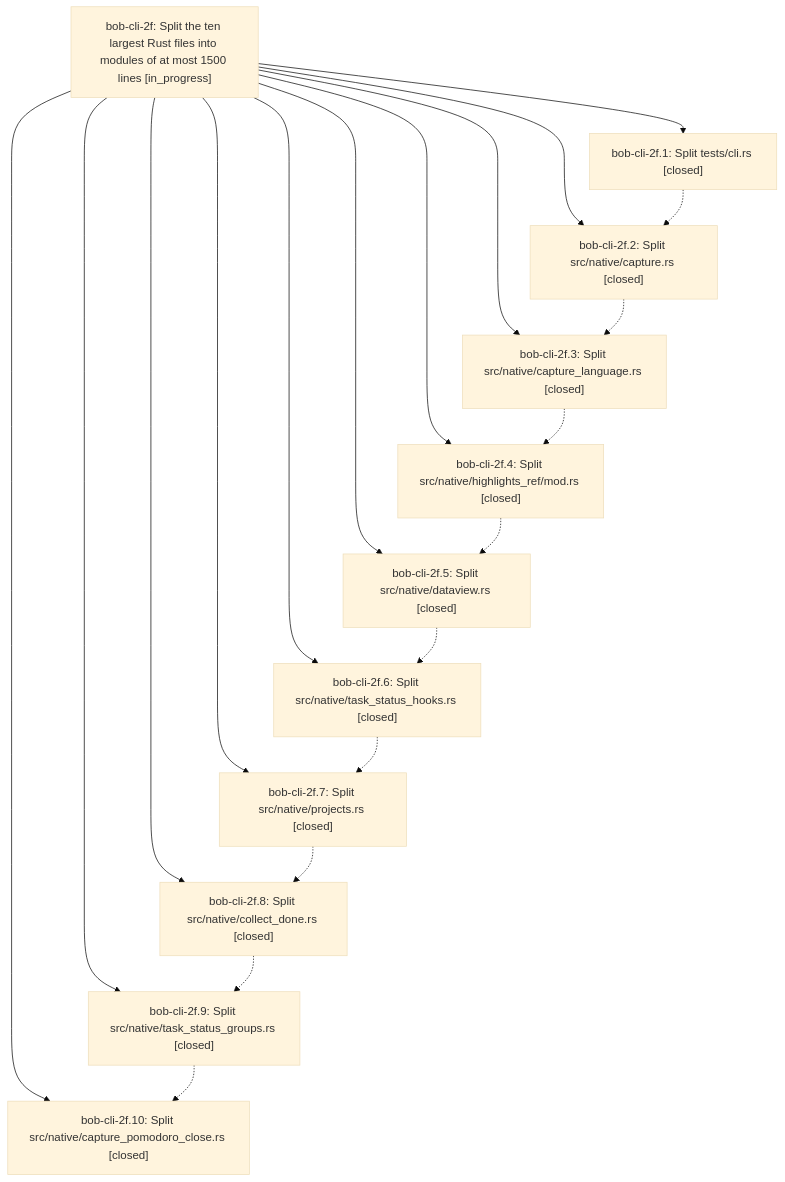
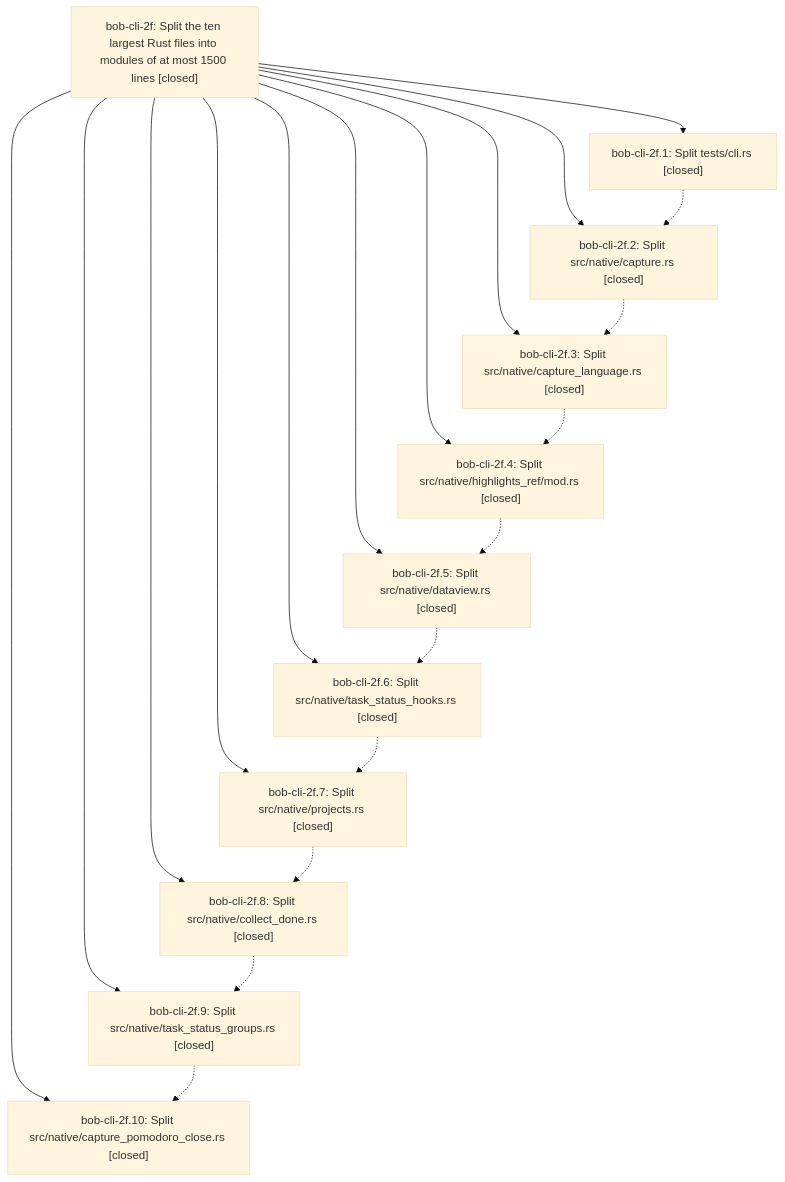
One commit to bobs-org/bob-cli--beads changed the diagram in pages/bob-cli-2f/README.md. Above: the diagram before and after it, drawn with Mermaid (base theme). The commit also changed other lines of this file, not shown here.

First line of the commit message:
chore(beads): sync bead state and pages for bob-cli-2f

````diff
--- a/pages/bob-cli-2f/README.md
+++ b/pages/bob-cli-2f/README.md
@@ -31,33 +35,33 @@
 ```mermaid
 flowchart TD
-    n0["bob-cli-2f: Split the ten largest Rust files into modules of at most 1500 lines [in_progress]"]
+    n0["bob-cli-2f: Split the ten largest Rust files into modules of at most 1500 lines [closed]"]
     n1["bob-cli-2f.1: Split tests/cli.rs [closed]"]
     n2["bob-cli-2f.10: Split src/native/capture_pomodoro_close.rs [closed]"]
     n3["bob-cli-2f.2: Split src/native/capture.rs [closed]"]
     n4["bob-cli-2f.3: Split src/native/capture_language.rs [closed]"]
     n5["bob-cli-2f.4: Split src/native/highlights_ref/mod.rs [closed]"]
     n6["bob-cli-2f.5: Split src/native/dataview.rs [closed]"]
     n7["bob-cli-2f.6: Split src/native/task_status_hooks.rs [closed]"]
     n8["bob-cli-2f.7: Split src/native/projects.rs [closed]"]
     n9["bob-cli-2f.8: Split src/native/collect_done.rs [closed]"]
     n10["bob-cli-2f.9: Split src/native/task_status_groups.rs [closed]"]
     n0 --> n1
     n0 --> n2
     n0 --> n3
     n0 --> n4
     n0 --> n5
     n0 --> n6
     n0 --> n7
     n0 --> n8
     n0 --> n9
     n0 --> n10
     n1 -.-> n3
     n3 -.-> n4
     n4 -.-> n5
     n5 -.-> n6
     n6 -.-> n7
     n7 -.-> n8
     n8 -.-> n9
     n9 -.-> n10
     n10 -.-> n2
 ```
````
